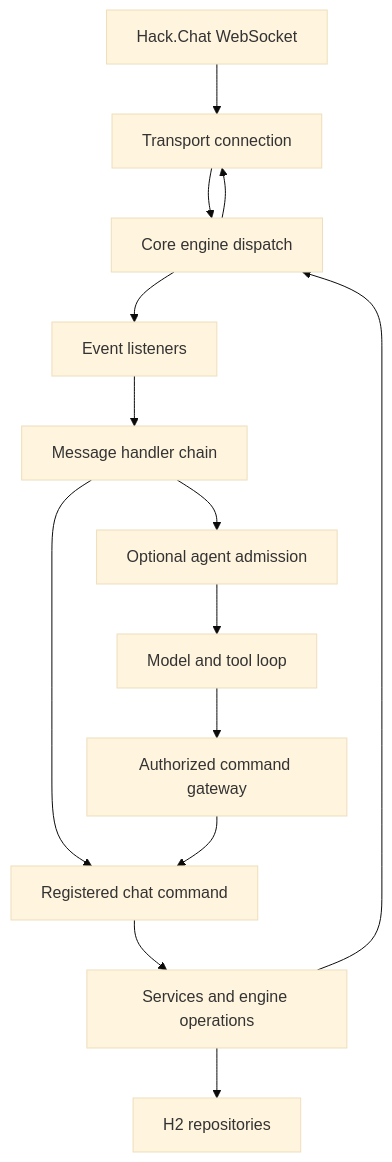
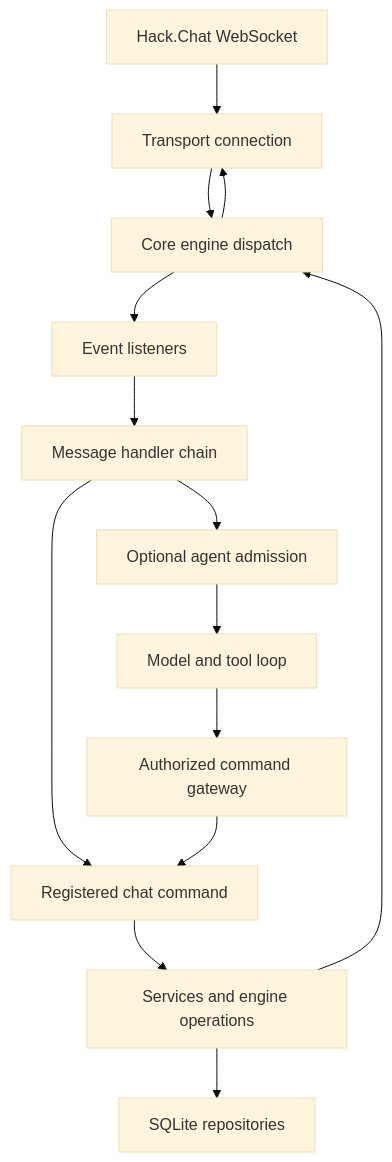
Before and after one commit to ArteomBalanuta/zenbot: the diagram in docs/architecture.md, drawn with Mermaid (base theme). The commit also changed other lines of this file and 157 other files, not shown here.

````diff
--- a/docs/architecture.md
+++ b/docs/architecture.md
@@ -17,16 +17,16 @@
 ```mermaid
 flowchart TD
     WS[Hack.Chat WebSocket] --> T[Transport connection]
     T --> E[Core engine dispatch]
     E --> L[Event listeners]
     L --> C[Message handler chain]
     C --> R[Registered chat command]
     C --> A[Optional agent admission]
     A --> M[Model and tool loop]
     M --> G[Authorized command gateway]
     G --> R
     R --> S[Services and engine operations]
-    S --> DB[H2 repositories]
+    S --> DB[SQLite repositories]
     S --> E
     E --> T
 ```
````
